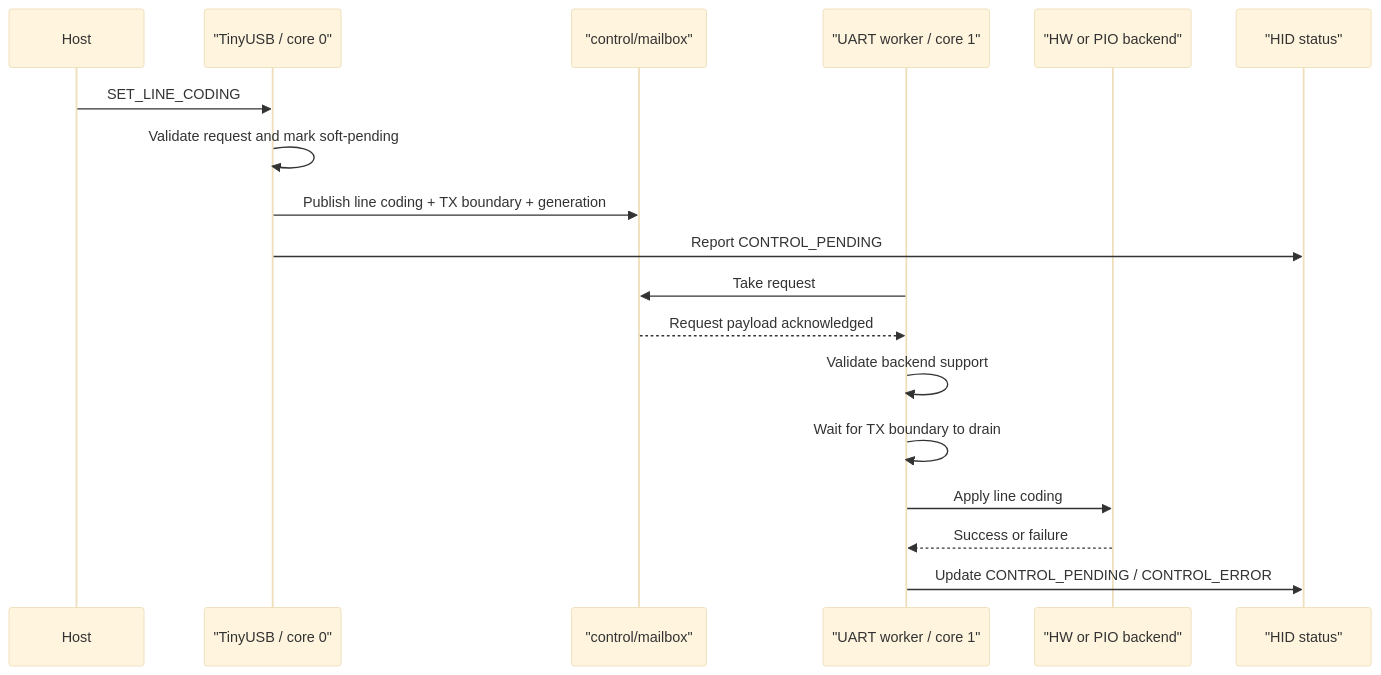
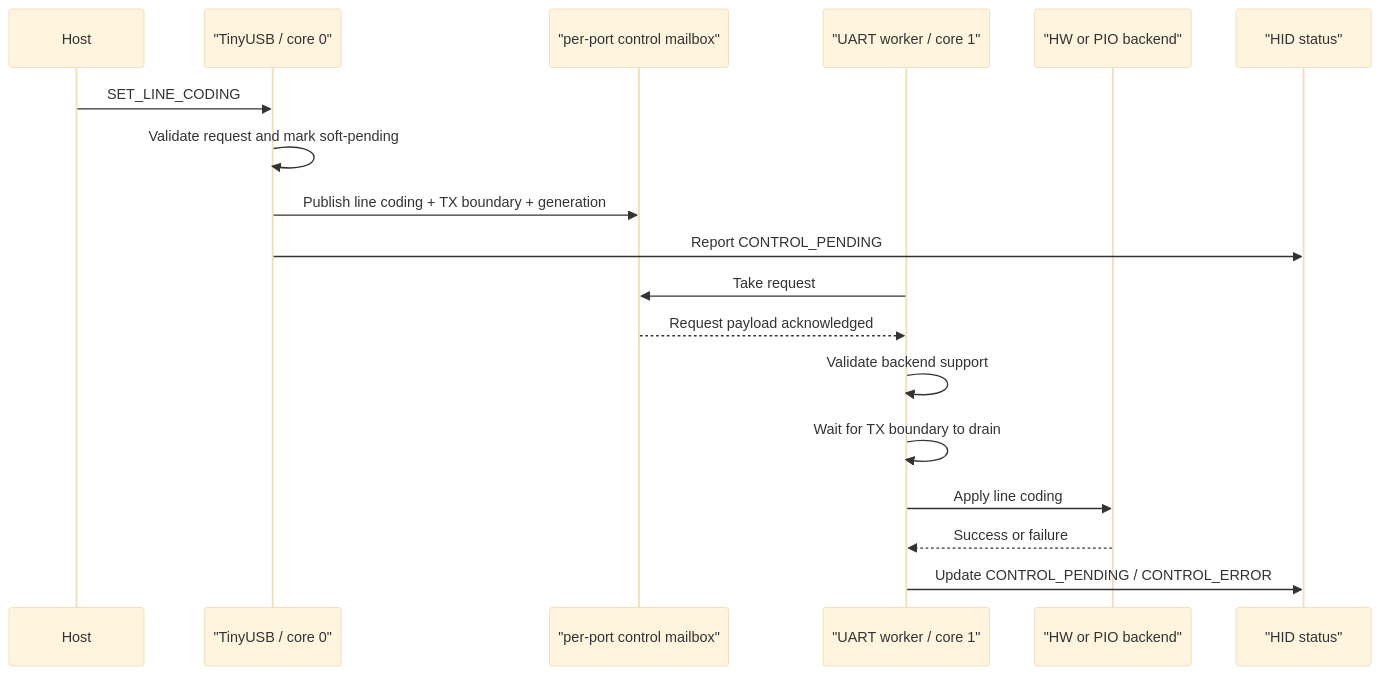
One commit to djwinter29-oss/PicoUart changed the third of 3 diagrams in docs/architecture.md. Above: the diagram before and after it, drawn with Mermaid (base theme). The commit also changed other lines of this file and 21 other files, not shown here.

````diff
--- a/docs/architecture.md
+++ b/docs/architecture.md
@@ -107,21 +111,21 @@
 ```mermaid
 sequenceDiagram
     participant Host
     participant USB as "TinyUSB / core 0"
-    participant Mailbox as "control/mailbox"
+    participant Mailbox as "per-port control mailbox"
     participant Worker as "UART worker / core 1"
     participant Backend as "HW or PIO backend"
     participant HID as "HID status"
 
     Host->>USB: SET_LINE_CODING
     USB->>USB: Validate request and mark soft-pending
     USB->>Mailbox: Publish line coding + TX boundary + generation
     USB->>HID: Report CONTROL_PENDING
     Worker->>Mailbox: Take request
     Mailbox-->>Worker: Request payload acknowledged
     Worker->>Worker: Validate backend support
     Worker->>Worker: Wait for TX boundary to drain
     Worker->>Backend: Apply line coding
     Backend-->>Worker: Success or failure
     Worker->>HID: Update CONTROL_PENDING / CONTROL_ERROR
 ```
````
